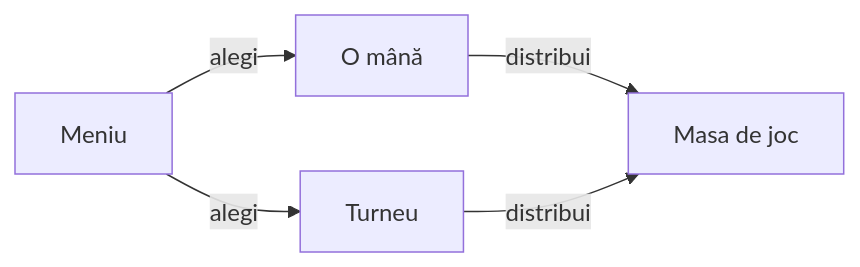
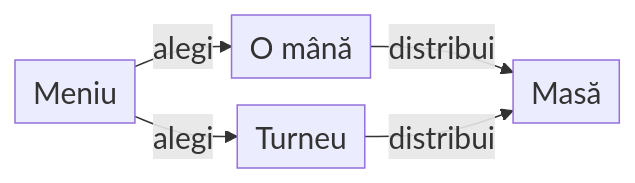
One commit to crististefanita/atf_j6 changed the diagram in README.md. Above: the diagram before and after it, drawn with Mermaid.

Commit message:
Improve first-hand diagram readability on narrow screens

````diff
--- a/README.md
+++ b/README.md
@@ -16,7 +16,8 @@
 ```mermaid
+%%{init: {"themeVariables":{"fontSize":"20px"},"flowchart":{"nodeSpacing":18,"rankSpacing":24,"padding":6,"diagramPadding":6}}}%%
 flowchart LR
     Menu["Meniu"] -->|alegi| Hand["O mână"]
     Menu -->|alegi| Tournament["Turneu"]
-    Hand -->|distribui| Table["Masa de joc"]
+    Hand -->|distribui| Table["Masă"]
     Tournament -->|distribui| Table
 ```
````
